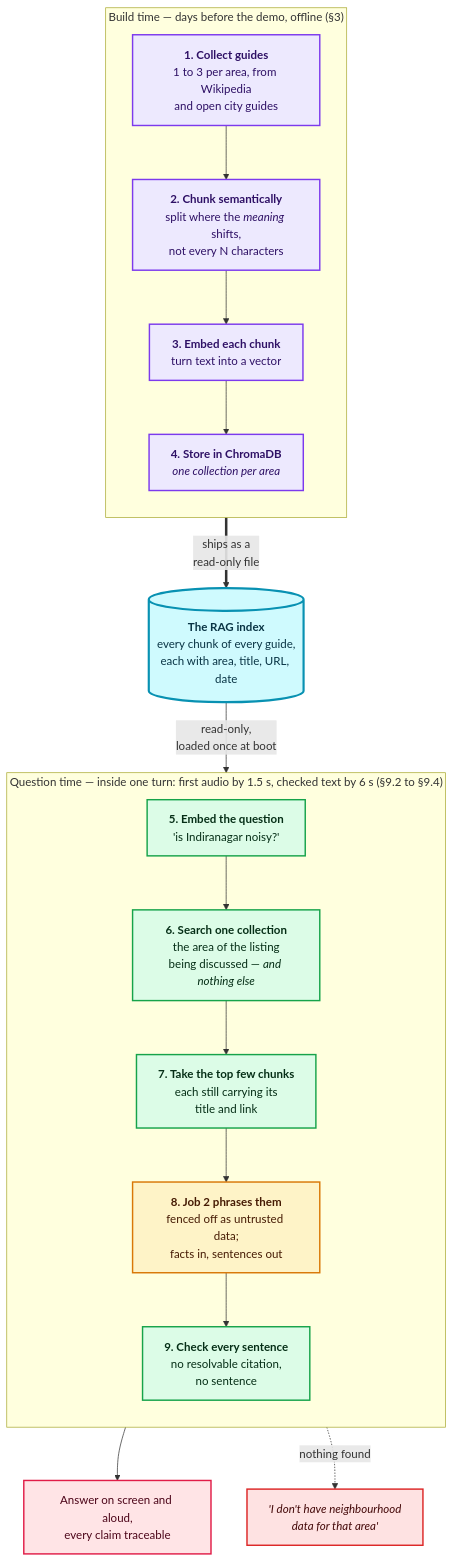
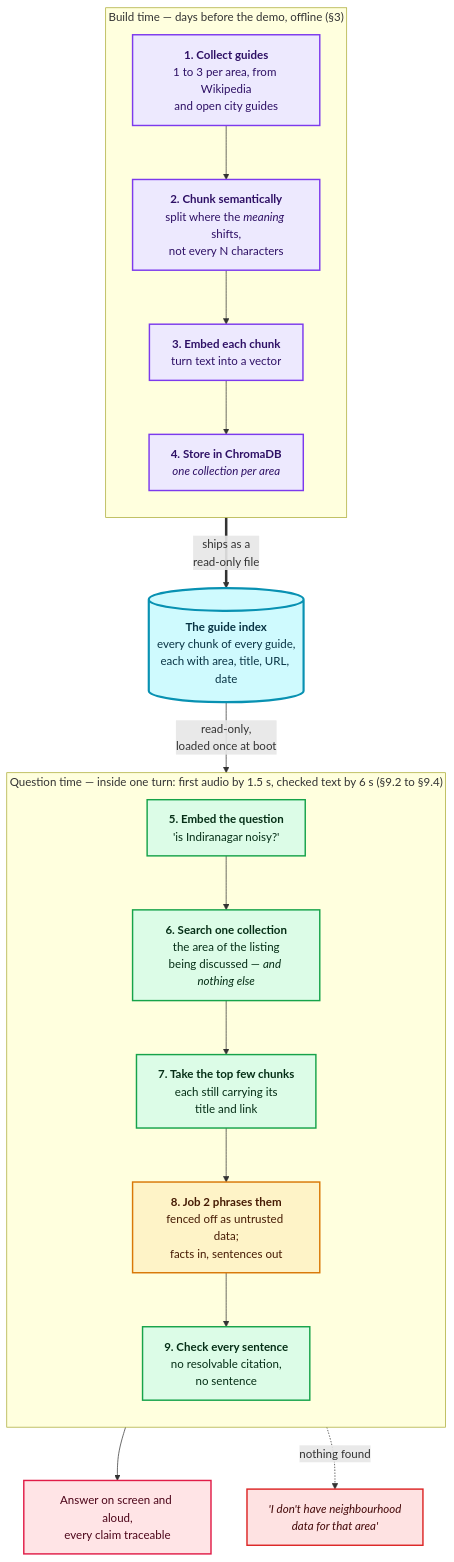
Diagram 16 of 22 in Docs/Architecture.md (KarthikBattaram19/Capstone_Project_Next_Leap), drawn with Mermaid before and after one commit. The commit also changed other lines of this file and 10 other files, not shown here.

First line of the commit message:
docs: let RAG name the technique only; its artefacts become guide index / guide chunk

````diff
--- a/Docs/Architecture.md
+++ b/Docs/Architecture.md
@@ -725,40 +725,40 @@
 ```mermaid
 flowchart TB
     subgraph OFF["Build time — days before the demo, offline  (§3)"]
         direction TB
         G1["<b>1. Collect guides</b><br/>1 to 3 per area, from Wikipedia<br/>and open city guides"]
         G2["<b>2. Chunk semantically</b><br/>split where the <i>meaning</i> shifts,<br/>not every N characters"]
         G3["<b>3. Embed each chunk</b><br/>turn text into a vector"]
         G4["<b>4. Store in ChromaDB</b><br/><i>one collection per area</i>"]
         G1 --> G2 --> G3 --> G4
     end
 
-    G4 ==>|"ships as a<br/>read-only file"| DB[("<b>The RAG index</b><br/>every chunk of every guide,<br/>each with area, title, URL, date")]
+    G4 ==>|"ships as a<br/>read-only file"| DB[("<b>The guide index</b><br/>every chunk of every guide,<br/>each with area, title, URL, date")]
 
     subgraph ON["Question time — inside one turn: first audio by 1.5 s, checked text by 6 s  (§9.2 to §9.4)"]
         direction TB
         Q1["<b>5. Embed the question</b><br/>'is Indiranagar noisy?'"]
         Q2["<b>6. Search one collection</b><br/>the area of the listing<br/>being discussed — <i>and nothing else</i>"]
         Q3["<b>7. Take the top few chunks</b><br/>each still carrying its<br/>title and link"]
         Q4["<b>8. Job 2 phrases them</b><br/>fenced off as untrusted data;<br/>facts in, sentences out"]
         Q5["<b>9. Check every sentence</b><br/>no resolvable citation,<br/>no sentence"]
         Q1 --> Q2 --> Q3 --> Q4 --> Q5
     end
 
     DB -->|"read-only,<br/>loaded once at boot"| Q2
     Q5 --> OUT["Answer on screen and aloud,<br/>every claim traceable"]
     Q3 -.->|"nothing found"| GAP["<i>'I don't have neighbourhood<br/>data for that area'</i>"]
 
     classDef build fill:#ede9fe,stroke:#7c3aed,stroke-width:2px,color:#2e1065
     classDef store fill:#cffafe,stroke:#0891b2,stroke-width:3px,color:#083344
     classDef live fill:#dcfce7,stroke:#16a34a,stroke-width:2px,color:#052e16
     classDef model fill:#fef3c7,stroke:#d97706,stroke-width:2px,color:#451a03
     classDef out fill:#ffe4e6,stroke:#e11d48,stroke-width:2px,color:#4c0519
     classDef gap fill:#fee2e2,stroke:#dc2626,stroke-width:2px,color:#450a0a
     class G1,G2,G3,G4 build
     class DB store
     class Q1,Q2,Q3,Q5 live
     class Q4 model
     class OUT out
     class GAP gap
 ```
````
